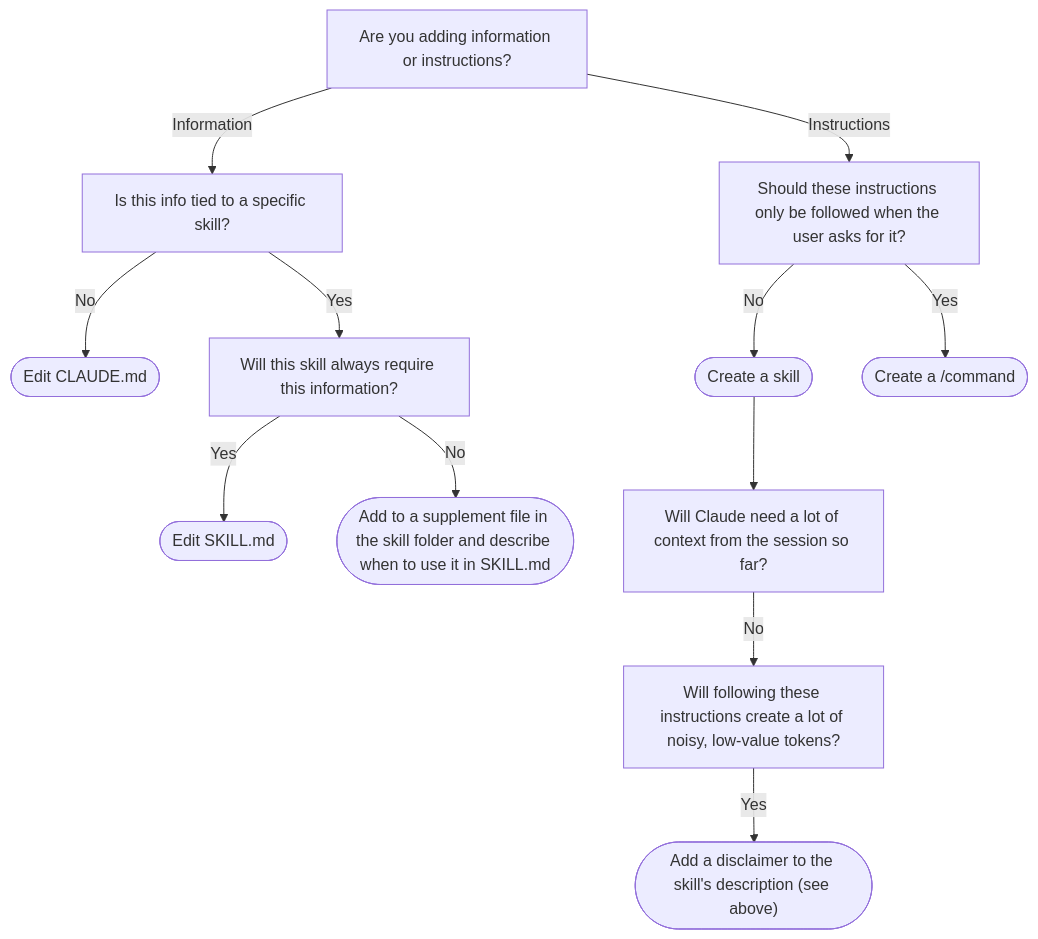
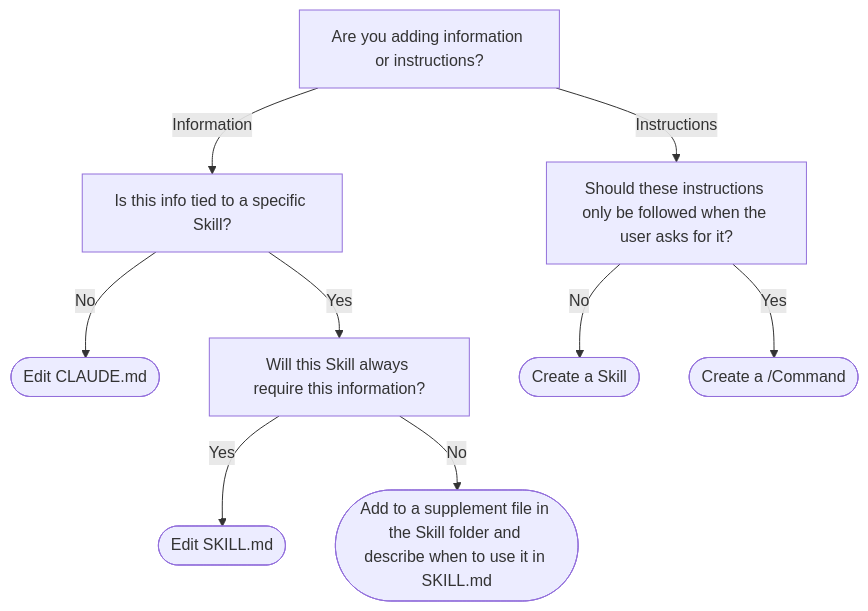
The diagram in README.md (pocketzworld/studio-ai), drawn with Mermaid before and after one commit. The commit also changed other lines of this file and 22 other files, not shown here.

````diff
--- a/README.md
+++ b/README.md
@@ -38,24 +37,18 @@
 ```mermaid
 flowchart TD
     q1[Are you adding information or instructions?]
     q1--Information-->q2
-    q2[Is this info tied to a specific skill?]
+    q2[Is this info tied to a specific Skill?]
     q2--No -->memory
     q2--Yes-->q7
-    q7[Will this skill always require this information?]
+    q7[Will this Skill always require this information?]
     q7--Yes-->skillmd([Edit SKILL.md])
-    q7--No -->skillresource(["Add to a supplement file in the skill folder and describe when to use it in SKILL.md"])
+    q7--No -->skillresource(["Add to a supplement file in the Skill folder and describe when to use it in SKILL.md"])
     memory([Edit CLAUDE.md])
-    agent(["`Add a disclaimer to the skill's description (see above)`"])
-    skill([Create a skill])
-    command([Create a /command])
+    skill([Create a Skill])
+    command([Create a /Command])
     q1--Instructions-->q3
     q3[Should these instructions only be followed when the user asks for it?]
     q3--Yes-->command
     q3--No -->skill
-    skill-->q5
-    q5[Will Claude need a lot of context from the session so far?]
-    q5--No -->q4
-    q4[Will following these instructions create a lot of noisy, low-value tokens?]
-    q4--Yes-->agent
 ```
````
